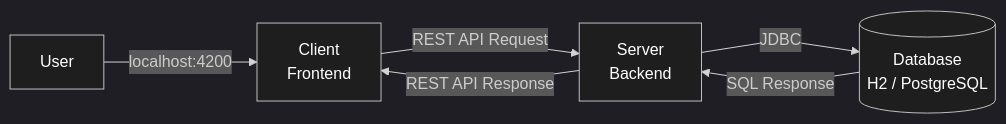
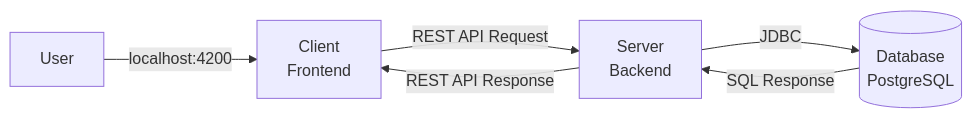
Before and after one commit to codeurjc-students/2026-MusicFever: the first of 3 diagrams in docs/development_guide.md, drawn with Mermaid. The commit also changed other lines of this file, not shown here.

Commit message:
docs: improve mermaid charts

````diff
--- a/docs/development_guide.md
+++ b/docs/development_guide.md
@@ -80,29 +80,15 @@
 ```mermaid
-%%{init: {
-  "theme": "dark",
-  "flowchart": {
-    "curve": "linear",
-    "nodeSpacing": 40,
-    "rankSpacing": 50
-  }
-}}%%
-
 flowchart LR
     U[User]
     F[Client<br/>Frontend]
     B[Server<br/>Backend]
-    DB[(Database<br/>H2 / PostgreSQL)]
+    DB[(Database<br/>PostgreSQL)]
 
     U -->|localhost:4200| F
 
     F -->|REST API Request| B
     B -->|REST API Response| F
 
     B -->|JDBC| DB
     DB -->|SQL Response| B
-
-    style U fill:#1e1e1e,stroke:#bfbfbf,color:#ffffff
-    style F fill:#1e1e1e,stroke:#bfbfbf,color:#ffffff
-    style B fill:#1e1e1e,stroke:#bfbfbf,color:#ffffff
-    style DB fill:#1e1e1e,stroke:#bfbfbf,color:#ffffff
 ```
````
